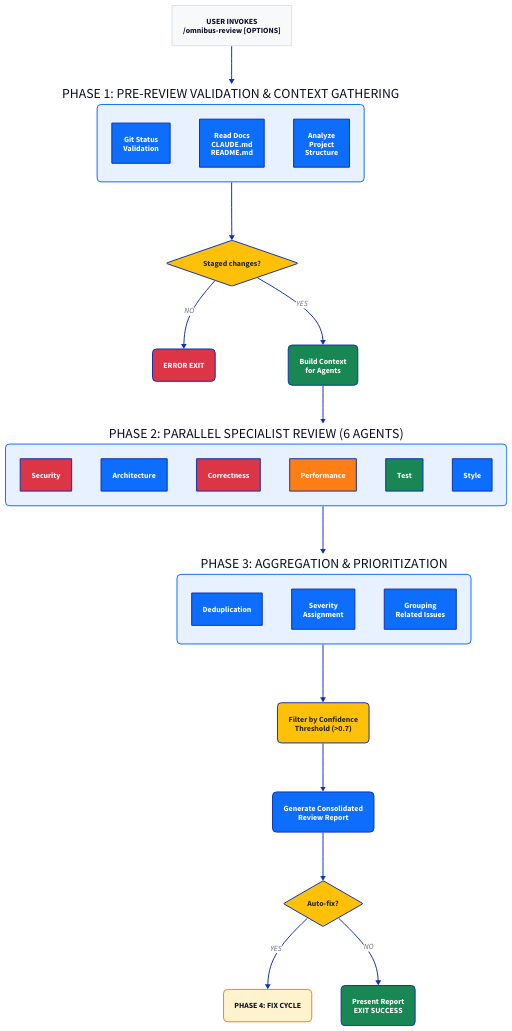
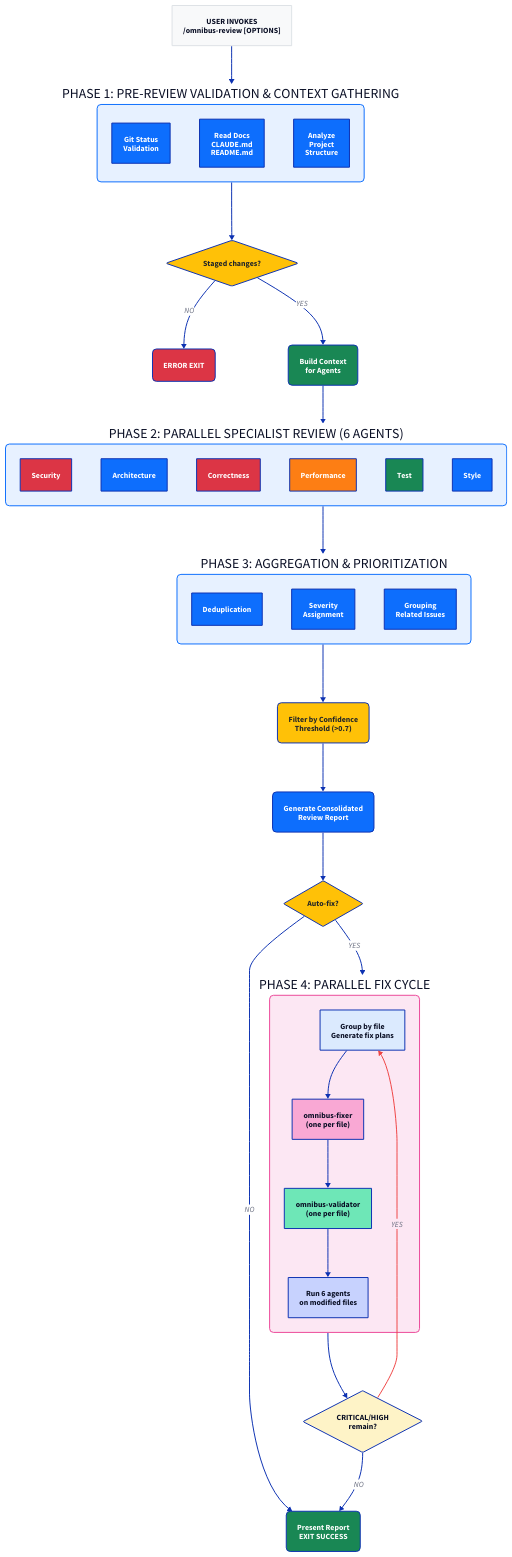
One commit to andrewcchoi/omnibus-review-maxxing changed the diagram in diagrams/d2/architecture-full.d2. Above: the diagram before and after it, drawn with D2. The commit also changed 11 other files, not shown here.

First line of the commit message:
docs: Update all documentation for parallel subagent architecture

```diff
--- a/diagrams/d2/architecture-full.d2
+++ b/diagrams/d2/architecture-full.d2
@@ -1,153 +1,189 @@
 # Full Architecture Diagram
 # Complete 4-phase workflow with all components
 
 direction: down
 
 user: USER INVOKES {
   style.fill: "#f8f9fa"
   style.stroke: "#dee2e6"
   style.bold: true
   label: "USER INVOKES\n/omnibus-review [OPTIONS]"
 }
 
 # Phase 1
 phase1: "PHASE 1: PRE-REVIEW VALIDATION & CONTEXT GATHERING" {
   style.fill: "#e7f1ff"
   style.stroke: "#0d6efd"
   style.stroke-width: 2
   style.border-radius: 8
 
   git: Git Status\nValidation {
     style.fill: "#0d6efd"
     style.font-color: white
   }
   docs: Read Docs\nCLAUDE.md\nREADME.md {
     style.fill: "#0d6efd"
     style.font-color: white
   }
   analyze: Analyze\nProject\nStructure {
     style.fill: "#0d6efd"
     style.font-color: white
   }
 }
 
 staged_check: Staged changes? {
   shape: diamond
   style.fill: "#ffc107"
   style.font-color: "#212529"
 }
 
 error_exit: ERROR EXIT {
   style.fill: "#dc3545"
   style.font-color: white
   style.border-radius: 8
 }
 
 build_context: Build Context\nfor Agents {
   style.fill: "#198754"
   style.font-color: white
   style.border-radius: 8
 }
 
 # Phase 2
 phase2: "PHASE 2: PARALLEL SPECIALIST REVIEW (6 AGENTS)" {
   style.fill: "#e7f1ff"
   style.stroke: "#0d6efd"
   style.stroke-width: 2
   style.border-radius: 8
 
   security: Security {
     style.fill: "#dc3545"
     style.font-color: white
   }
   arch: Architecture {
     style.fill: "#0d6efd"
     style.font-color: white
   }
   correct: Correctness {
     style.fill: "#dc3545"
     style.font-color: white
   }
   perf: Performance {
     style.fill: "#fd7e14"
     style.font-color: white
   }
   test: Test {
     style.fill: "#198754"
     style.font-color: white
   }
   code_style: Style {
     style.fill: "#0d6efd"
     style.font-color: white
   }
 }
 
 # Phase 3
 phase3: "PHASE 3: AGGREGATION & PRIORITIZATION" {
   style.fill: "#e7f1ff"
   style.stroke: "#0d6efd"
   style.stroke-width: 2
   style.border-radius: 8
 
   dedup: Deduplication {
     style.fill: "#0d6efd"
     style.font-color: white
   }
   severity: Severity\nAssignment {
     style.fill: "#0d6efd"
     style.font-color: white
   }
   group: Grouping\nRelated Issues {
     style.fill: "#0d6efd"
     style.font-color: white
   }
 }
 
 filter: Filter by Confidence\nThreshold (>0.7) {
   style.fill: "#ffc107"
   style.font-color: "#212529"
   style.border-radius: 8
 }
 
 report: Generate Consolidated\nReview Report {
   style.fill: "#0d6efd"
   style.font-color: white
   style.border-radius: 8
 }
 
 # Decision
 fix_decision: Auto-fix? {
   shape: diamond
   style.fill: "#ffc107"
   style.font-color: "#212529"
 }
 
-# Phase 4
-phase4: "PHASE 4: FIX CYCLE" {
-  style.fill: "#fff3cd"
-  style.stroke: "#fd7e14"
+# Phase 4 - Expanded
+phase4: "PHASE 4: PARALLEL FIX CYCLE" {
+  style.fill: "#fce7f3"
+  style.stroke: "#ec4899"
   style.stroke-width: 2
   style.border-radius: 8
+
+  planning: Planning {
+    style.fill: "#dbeafe"
+    label: "Group by file\nGenerate fix plans"
+  }
+
+  fixers: Parallel Fixers {
+    style.fill: "#f9a8d4"
+    label: "omnibus-fixer\n(one per file)"
+  }
+
+  validators: Parallel Validators {
+    style.fill: "#6ee7b7"
+    label: "omnibus-validator\n(one per file)"
+  }
+
+  rereview: Re-Review {
+    style.fill: "#c7d2fe"
+    label: "Run 6 agents\non modified files"
+  }
+
+  planning -> fixers
+  fixers -> validators
+  validators -> rereview
+}
+
+iteration_check: CRITICAL/HIGH\nremain? {
+  shape: diamond
+  style.fill: "#fef3c7"
 }
 
 present: Present Report\nEXIT SUCCESS {
   style.fill: "#198754"
   style.font-color: white
   style.border-radius: 8
 }
 
 # Connections
 user -> phase1
 phase1 -> staged_check
 
 staged_check -> error_exit: NO
 staged_check -> build_context: YES
 
 build_context -> phase2
 phase2 -> phase3
 phase3 -> filter
 filter -> report
 report -> fix_decision
 
 fix_decision -> phase4: YES
 fix_decision -> present: NO
+
+phase4 -> iteration_check
+iteration_check -> phase4.planning: YES {
+  style.stroke: "#ef4444"
+  style.stroke-width: 2
+}
+iteration_check -> present: NO
```
